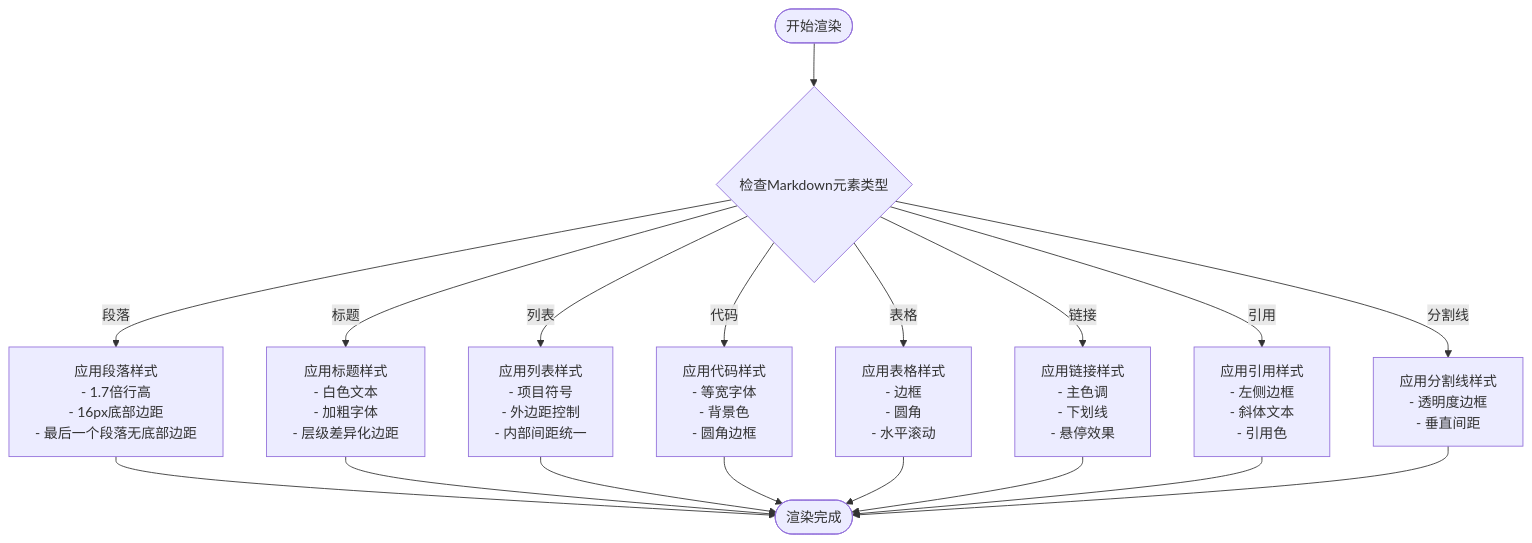
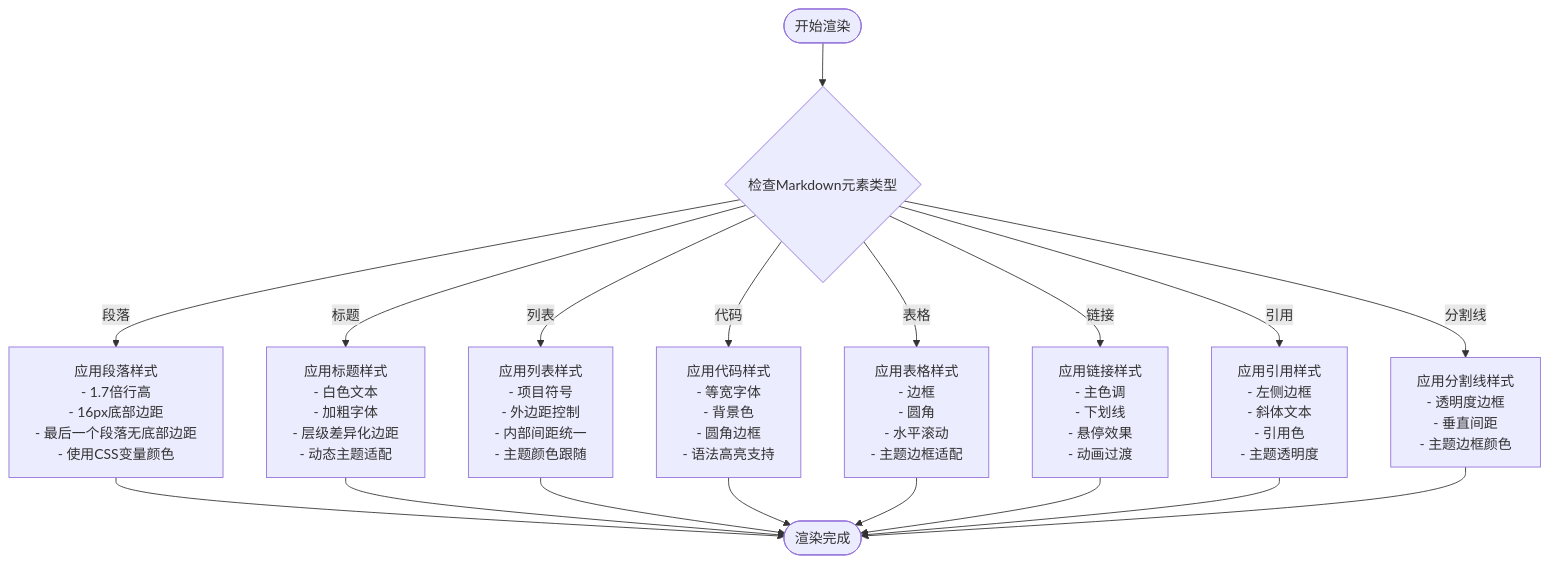
One commit to CryptoLinxu/Web3-AI-Agent changed the fifth of 9 diagrams in .qoder/repowiki/zh/content/项目概述/整体架构概览/Web应用程序/Markdown渲染功能.md. Above: the diagram before and after it, drawn with Mermaid. The commit also changed other lines of this file and 11 other files, not shown here.

````diff
--- a/.qoder/repowiki/zh/content/项目概述/整体架构概览/Web应用程序/Markdown渲染功能.md
+++ b/.qoder/repowiki/zh/content/项目概述/整体架构概览/Web应用程序/Markdown渲染功能.md
@@ -210,20 +259,20 @@
 ```mermaid
 flowchart TD
 Start([开始渲染]) --> CheckElement{"检查Markdown元素类型"}
-CheckElement --> |段落| ParagraphStyle["应用段落样式<br/>- 1.7倍行高<br/>- 16px底部边距<br/>- 最后一个段落无底部边距"]
-CheckElement --> |标题| HeadingStyle["应用标题样式<br/>- 白色文本<br/>- 加粗字体<br/>- 层级差异化边距"]
-CheckElement --> |列表| ListStyle["应用列表样式<br/>- 项目符号<br/>- 外边距控制<br/>- 内部间距统一"]
-CheckElement --> |代码| CodeStyle["应用代码样式<br/>- 等宽字体<br/>- 背景色<br/>- 圆角边框"]
-CheckElement --> |表格| TableStyle["应用表格样式<br/>- 边框<br/>- 圆角<br/>- 水平滚动"]
-CheckElement --> |链接| LinkStyle["应用链接样式<br/>- 主色调<br/>- 下划线<br/>- 悬停效果"]
-CheckElement --> |引用| BlockquoteStyle["应用引用样式<br/>- 左侧边框<br/>- 斜体文本<br/>- 引用色"]
-CheckElement --> |分割线| HRStyle["应用分割线样式<br/>- 透明度边框<br/>- 垂直间距"]
+CheckElement --> |段落| ParagraphStyle["应用段落样式<br/>- 1.7倍行高<br/>- 16px底部边距<br/>- 最后一个段落无底部边距<br/>- 使用CSS变量颜色"]
+CheckElement --> |标题| HeadingStyle["应用标题样式<br/>- 白色文本<br/>- 加粗字体<br/>- 层级差异化边距<br/>- 动态主题适配"]
+CheckElement --> |列表| ListStyle["应用列表样式<br/>- 项目符号<br/>- 外边距控制<br/>- 内部间距统一<br/>- 主题颜色跟随"]
+CheckElement --> |代码| CodeStyle["应用代码样式<br/>- 等宽字体<br/>- 背景色<br/>- 圆角边框<br/>- 语法高亮支持"]
+CheckElement --> |表格| TableStyle["应用表格样式<br/>- 边框<br/>- 圆角<br/>- 水平滚动<br/>- 主题边框适配"]
+CheckElement --> |链接| LinkStyle["应用链接样式<br/>- 主色调<br/>- 下划线<br/>- 悬停效果<br/>- 动画过渡"]
+CheckElement --> |引用| BlockquoteStyle["应用引用样式<br/>- 左侧边框<br/>- 斜体文本<br/>- 引用色<br/>- 主题透明度"]
+CheckElement --> |分割线| HRStyle["应用分割线样式<br/>- 透明度边框<br/>- 垂直间距<br/>- 主题边框颜色"]
 ParagraphStyle --> End([渲染完成])
 HeadingStyle --> End
 ListStyle --> End
 CodeStyle --> End
 TableStyle --> End
 LinkStyle --> End
 BlockquoteStyle --> End
 HRStyle --> End
 ```
````
